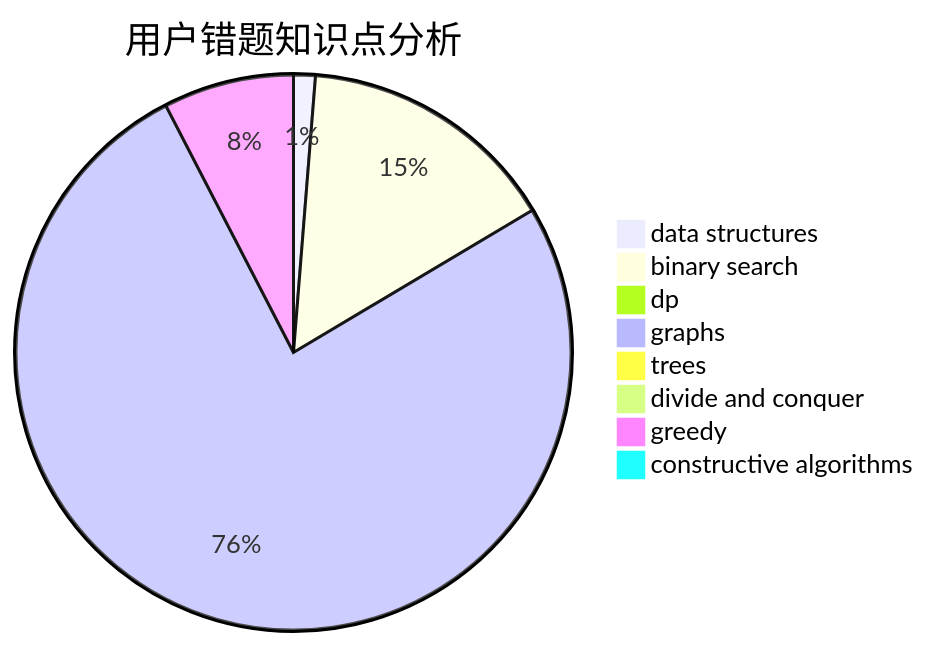
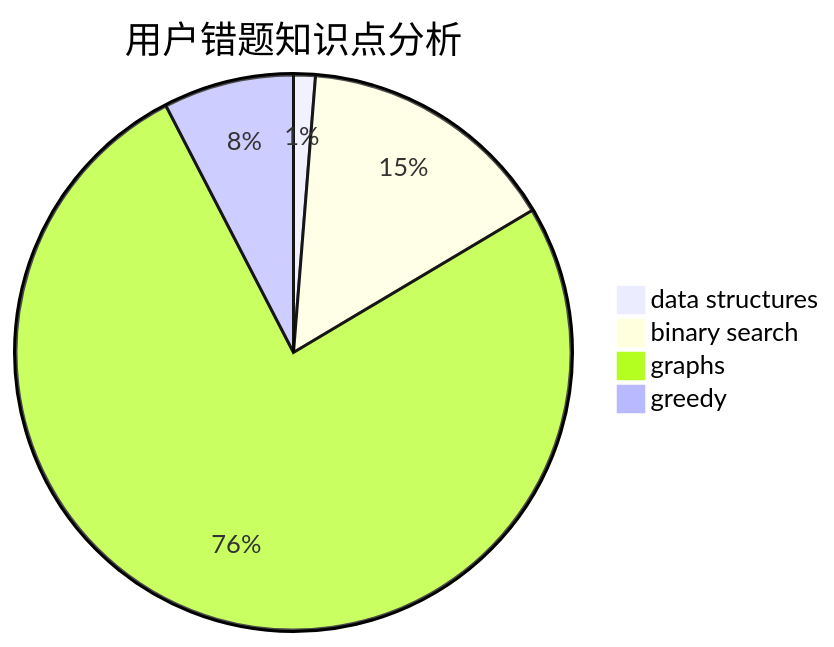
One commit to sherpahu/cfrs.github.io changed the third of 3 diagrams in docs/user/u500.md. Above: the diagram before and after it, drawn with Mermaid. The commit also changed other lines of this file and 2770 other files, not shown here.

````diff
--- a/docs/user/u500.md
+++ b/docs/user/u500.md
@@ -31,11 +28,7 @@
 ```mermaid
 pie title 用户错题知识点分析
     "data structures" :  1
     "binary search" :  12
-    "dp" :  0
     "graphs" :  60
-    "trees" :  0
-    "divide and conquer" :  0
     "greedy" :  6
-    "constructive algorithms" :  0
 ```
````
